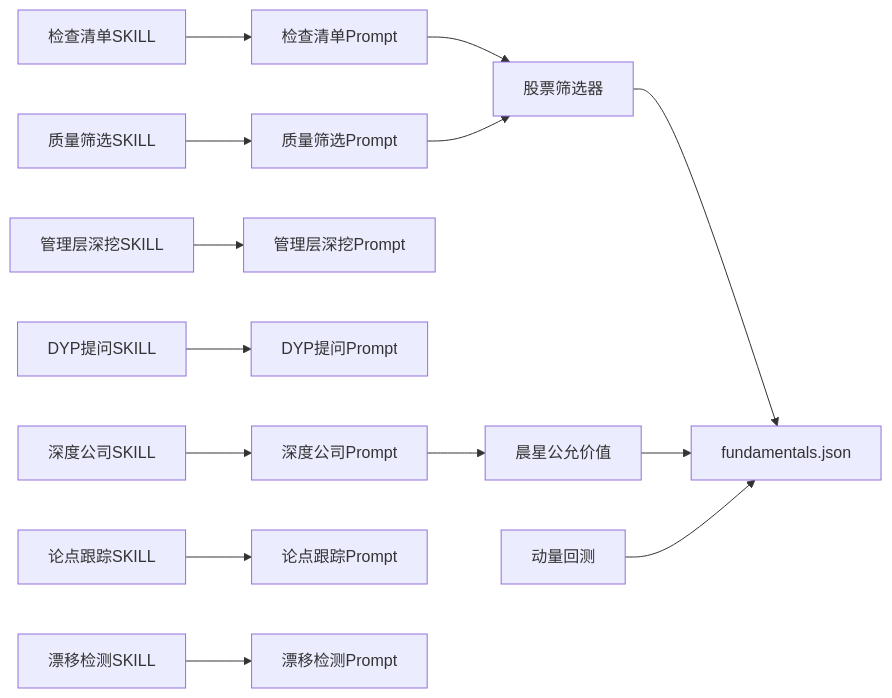
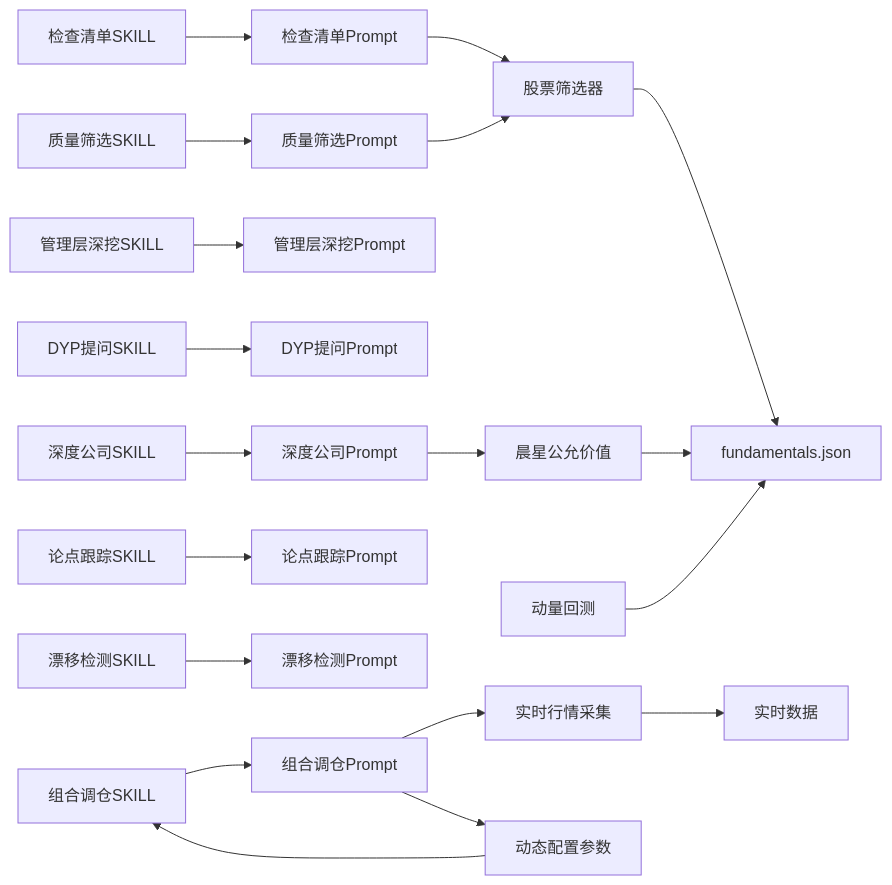
The seventh of 7 diagrams in .qoder/repowiki/zh/content/投资方法论/投资方法论.md (Ted-Engineer/ai-berkshire), drawn with Mermaid before and after one commit. The commit also changed other lines of this file and 87 other files, not shown here.

````diff
--- a/.qoder/repowiki/zh/content/投资方法论/投资方法论.md
+++ b/.qoder/repowiki/zh/content/投资方法论/投资方法论.md
@@ -388,16 +513,21 @@
 ```mermaid
 graph LR
 SKILL_CL["检查清单SKILL"] --> PROMPT_CL["检查清单Prompt"]
 SKILL_DC["深度公司SKILL"] --> PROMPT_DC["深度公司Prompt"]
 SKILL_MG["管理层深挖SKILL"] --> PROMPT_MG["管理层深挖Prompt"]
 SKILL_DY["DYP提问SKILL"] --> PROMPT_DY["DYP提问Prompt"]
 SKILL_QS["质量筛选SKILL"] --> PROMPT_QS["质量筛选Prompt"]
 SKILL_TT["论点跟踪SKILL"] --> PROMPT_TT["论点跟踪Prompt"]
 SKILL_TD["漂移检测SKILL"] --> PROMPT_TD["漂移检测Prompt"]
+SKILL_PR["组合调仓SKILL"] --> PROMPT_PR["组合调仓Prompt"]
 PROMPT_CL --> TOOL_SC["股票筛选器"]
 PROMPT_DC --> TOOL_MV["晨星公允价值"]
 PROMPT_QS --> TOOL_SC
+PROMPT_PR --> TOOL_RT["实时行情采集"]
 TOOL_SC --> DATA_FUND["fundamentals.json"]
 TOOL_MV --> DATA_FUND
+TOOL_RT --> DATA_RT["实时数据"]
 TOOL_BT["动量回测"] --> DATA_FUND
+PROMPT_PR --> CONFIG_PT["动态配置参数"]
+CONFIG_PT --> SKILL_PR
 ```
````
